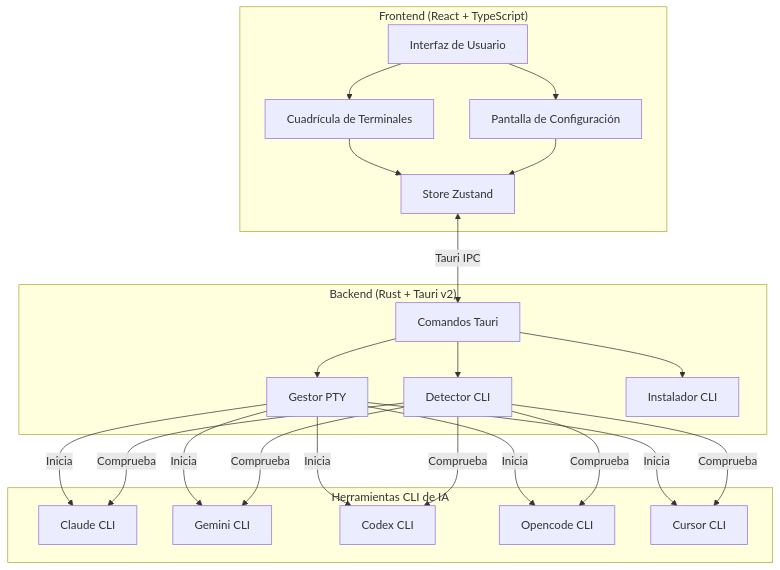
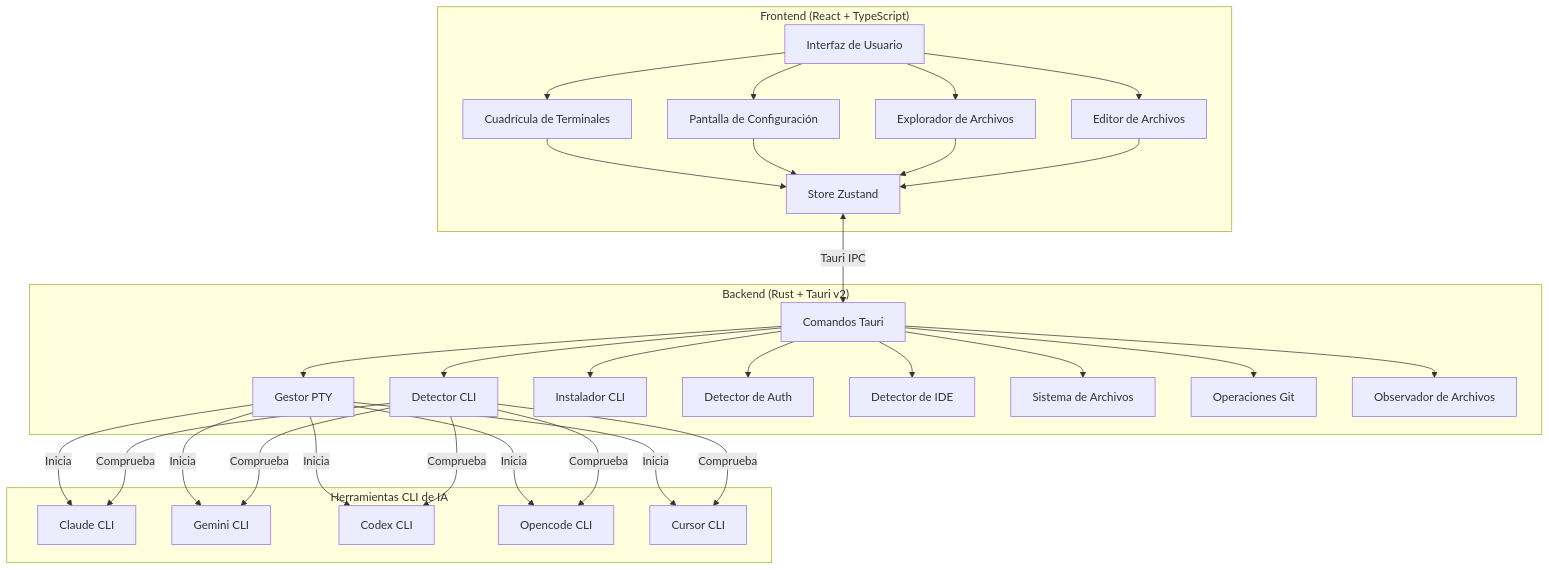
One commit to wolfenazz/AgentsLand changed the first of 2 diagrams in ESREADME.MD. Above: the diagram before and after it, drawn with Mermaid. The commit also changed other lines of this file and 6 other files, not shown here.

First line of the commit message:
Add file explorer, IDE support in READMEs

````diff
--- a/ESREADME.MD
+++ b/ESREADME.MD
@@ -153,46 +178,62 @@
 ```mermaid
 graph TB
     subgraph Frontend["Frontend (React + TypeScript)"]
         UI[Interfaz de Usuario]
         Grid[Cuadrícula de Terminales]
         Setup[Pantalla de Configuración]
         Store[Store Zustand]
+        Explorer[Explorador de Archivos]
+        Editor[Editor de Archivos]
     end
 
     subgraph Backend["Backend (Rust + Tauri v2)"]
         Commands[Comandos Tauri]
         PTY[Gestor PTY]
         Detector[Detector CLI]
         Installer[Instalador CLI]
+        Auth[Detector de Auth]
+        Ide[Detector de IDE]
+        Fs[Sistema de Archivos]
+        Git[Operaciones Git]
+        Watcher[Observador de Archivos]
     end
 
     subgraph CLIs["Herramientas CLI de IA"]
         Claude[Claude CLI]
         Gemini[Gemini CLI]
         Codex[Codex CLI]
         Opencode[Opencode CLI]
         Cursor[Cursor CLI]
     end
 
     UI --> Grid
     UI --> Setup
+    UI --> Explorer
+    UI --> Editor
     Grid --> Store
     Setup --> Store
+    Explorer --> Store
+    Editor --> Store
     
     Store <-->|Tauri IPC| Commands
     Commands --> PTY
     Commands --> Detector
     Commands --> Installer
+    Commands --> Auth
+    Commands --> Ide
+    Commands --> Fs
+    Commands --> Git
+    Commands --> Watcher
     
     PTY -->|Inicia| Claude
     PTY -->|Inicia| Gemini
     PTY -->|Inicia| Codex
     PTY -->|Inicia| Opencode
     PTY -->|Inicia| Cursor
     
     Detector -->|Comprueba| Claude
     Detector -->|Comprueba| Gemini
     Detector -->|Comprueba| Codex
     Detector -->|Comprueba| Opencode
     Detector -->|Comprueba| Cursor
 ```
````
